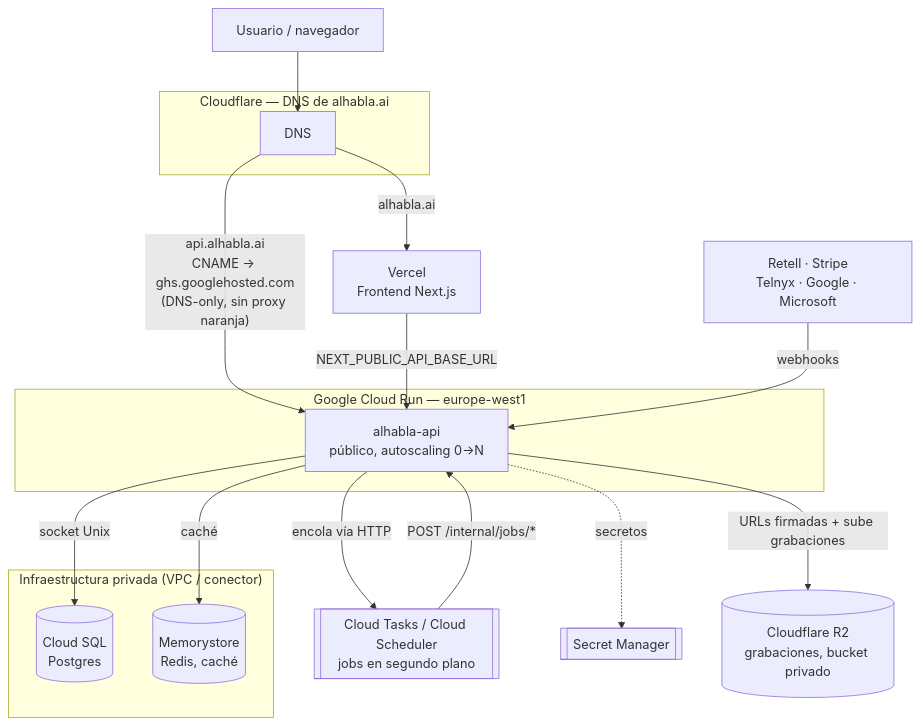
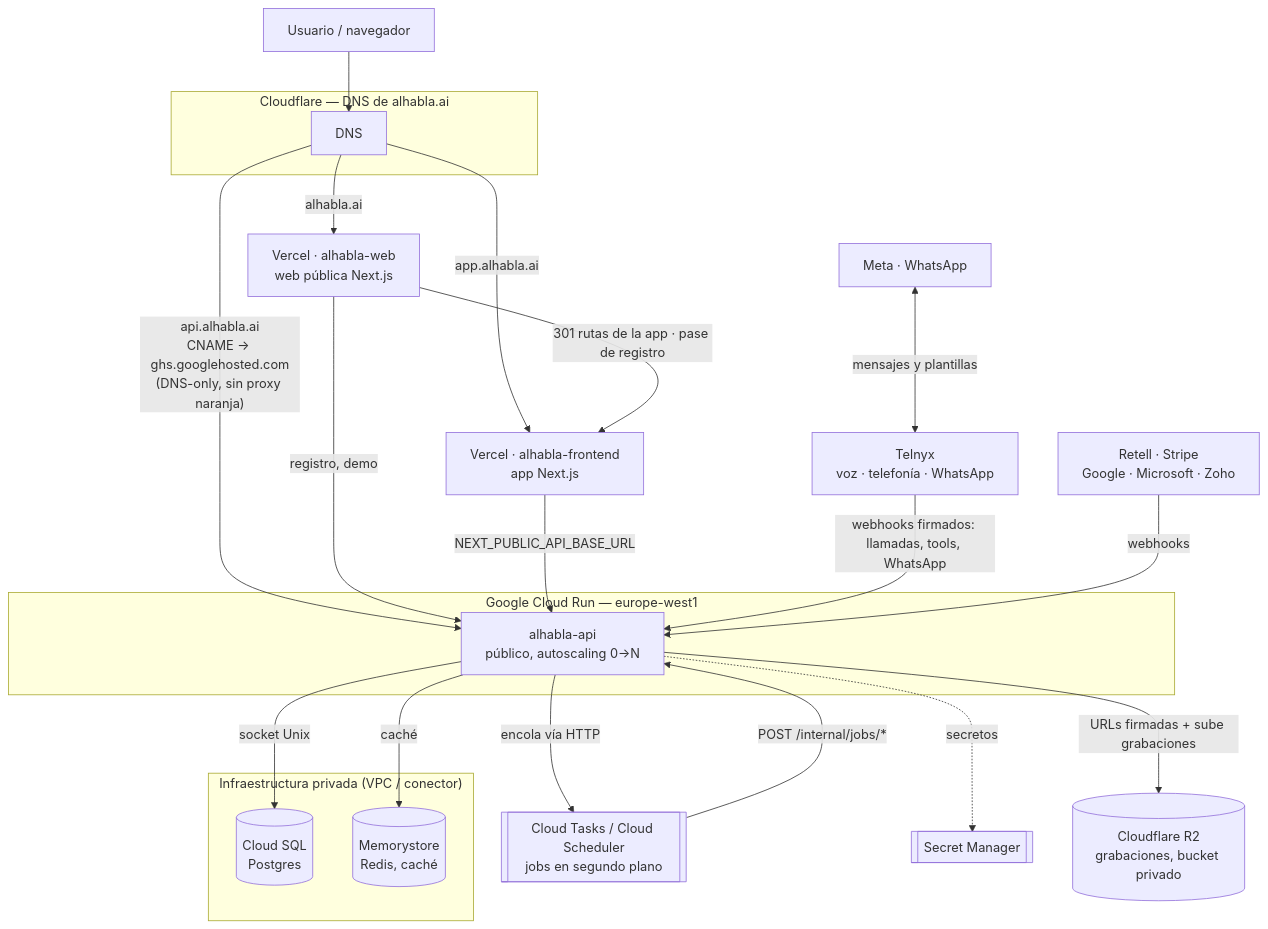
One commit to MMARTID/botbook changed the diagram in README.md. Above: the diagram before and after it, drawn with Mermaid. The commit also changed other lines of this file, not shown here.

Commit message:
docs(readme): Telnyx como orquestador, canal de WhatsApp, dos webs y rutas

````diff
--- a/README.md
+++ b/README.md
@@ -99,37 +133,44 @@
 ```mermaid
 graph TD
     U[Usuario / navegador]
+    M[Meta · WhatsApp]
 
     subgraph CF["Cloudflare — DNS de alhabla.ai"]
         DNS[DNS]
     end
 
     U --> DNS
-    DNS -->|alhabla.ai| VERCEL[Vercel<br/>Frontend Next.js]
+    DNS -->|alhabla.ai| WEB[Vercel · alhabla-web<br/>web pública Next.js]
+    DNS -->|app.alhabla.ai| APP[Vercel · alhabla-frontend<br/>app Next.js]
     DNS -->|"api.alhabla.ai<br/>CNAME → ghs.googlehosted.com<br/>(DNS-only, sin proxy naranja)"| CR_API
 
-    VERCEL -->|NEXT_PUBLIC_API_BASE_URL| CR_API
+    WEB -->|301 rutas de la app · pase de registro| APP
+    WEB -->|registro, demo| CR_API
+    APP -->|NEXT_PUBLIC_API_BASE_URL| CR_API
 
     subgraph GCP["Google Cloud Run — europe-west1"]
         CR_API[alhabla-api<br/>público, autoscaling 0→N]
     end
 
     CTS[[Cloud Tasks / Cloud Scheduler<br/>jobs en segundo plano]]
 
     subgraph VPC["Infraestructura privada (VPC / conector)"]
         SQL[(Cloud SQL<br/>Postgres)]
         REDIS[(Memorystore<br/>Redis, caché)]
     end
 
     SM[[Secret Manager]]
     R2[(Cloudflare R2<br/>grabaciones, bucket privado)]
-    EXT[Retell · Stripe<br/>Telnyx · Google · Microsoft]
+    TX[Telnyx<br/>voz · telefonía · WhatsApp]
+    EXT[Retell · Stripe<br/>Google · Microsoft · Zoho]
 
     CR_API -->|socket Unix| SQL
     CR_API -->|caché| REDIS
     CR_API -->|encola vía HTTP| CTS
     CTS -->|POST /internal/jobs/*| CR_API
     CR_API -.->|secretos| SM
     CR_API -->|URLs firmadas + sube grabaciones| R2
+    TX -->|webhooks firmados: llamadas, tools, WhatsApp| CR_API
+    M <-->|mensajes y plantillas| TX
     EXT -->|webhooks| CR_API
 ```
````
